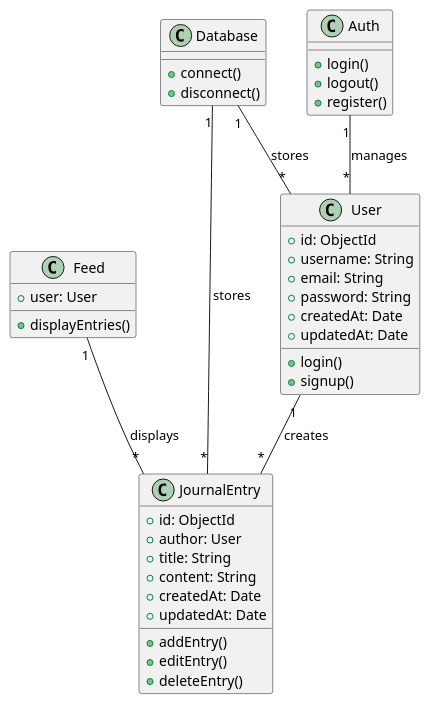
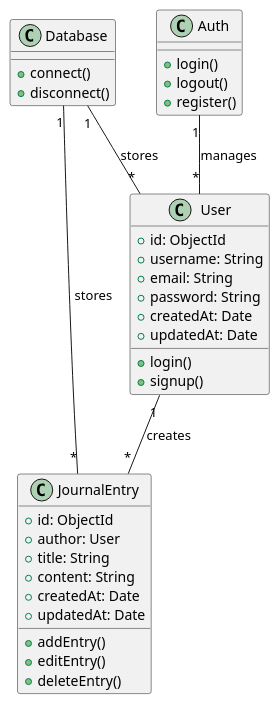
The diagram in classDiagram.md (msheldon70/jernal), drawn with PlantUML before and after one commit.

Commit message:
fix uml class diagram

````diff
--- a/classDiagram.md
+++ b/classDiagram.md
@@ -1,48 +1,42 @@
 ```plantuml
 @startuml
 class User {
   +id: ObjectId
   +username: String
   +email: String
   +password: String
   +createdAt: Date
   +updatedAt: Date
   +login()
   +signup()
 }
 
 class JournalEntry {
   +id: ObjectId
   +author: User
   +title: String
   +content: String
   +createdAt: Date
   +updatedAt: Date
   +addEntry()
   +editEntry()
   +deleteEntry()
 }
 
-class Feed {
-  +user: User
-  +displayEntries()
-}
-
 class Auth {
   +login()
   +logout()
   +register()
 }
 
 class Database {
   +connect()
   +disconnect()
 }
 
 User "1" -- "*" JournalEntry : creates
-Feed "1" -- "*" JournalEntry : displays
 Auth "1" -- "*" User : manages
 Database "1" -- "*" User : stores
 Database "1" -- "*" JournalEntry : stores
 @enduml
 ```
````
